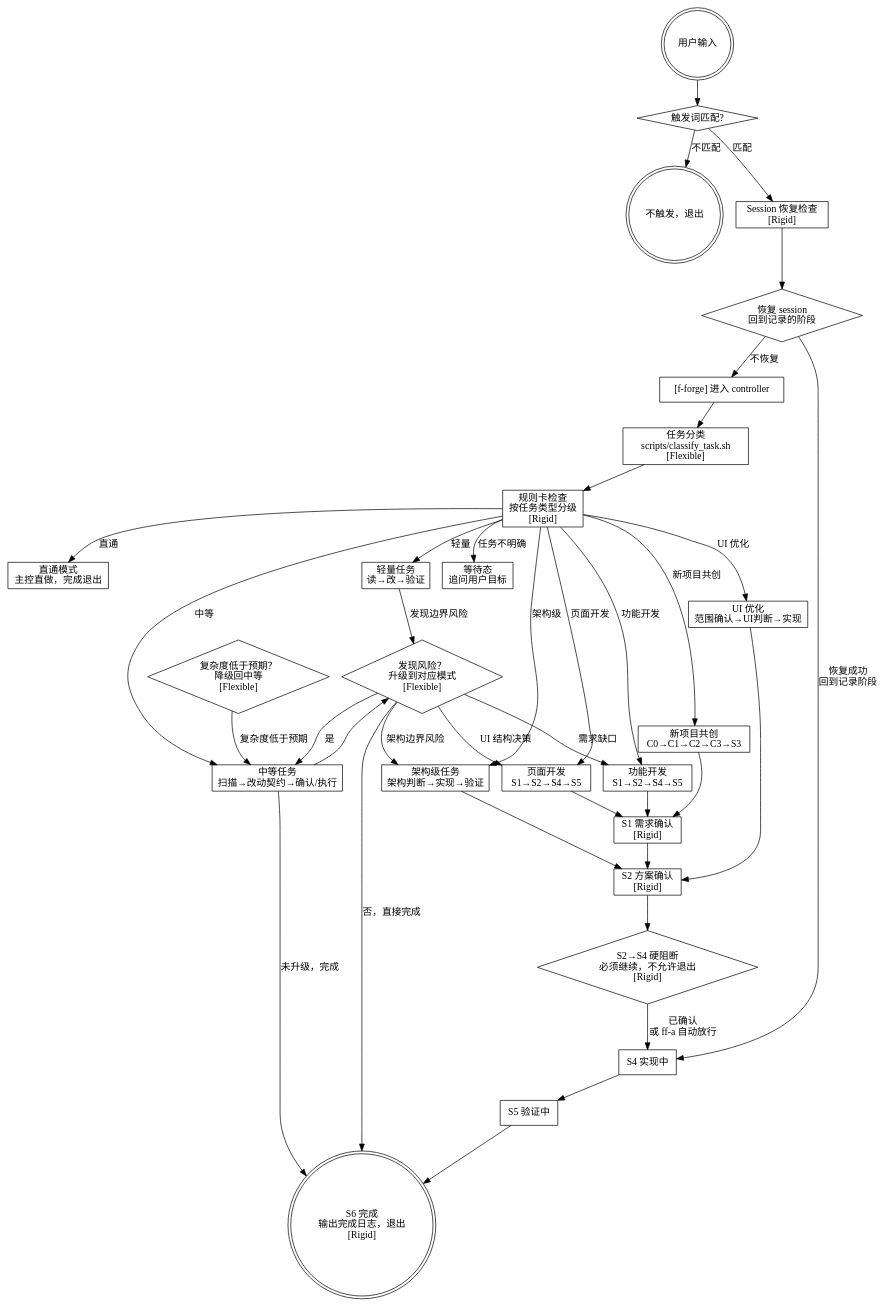
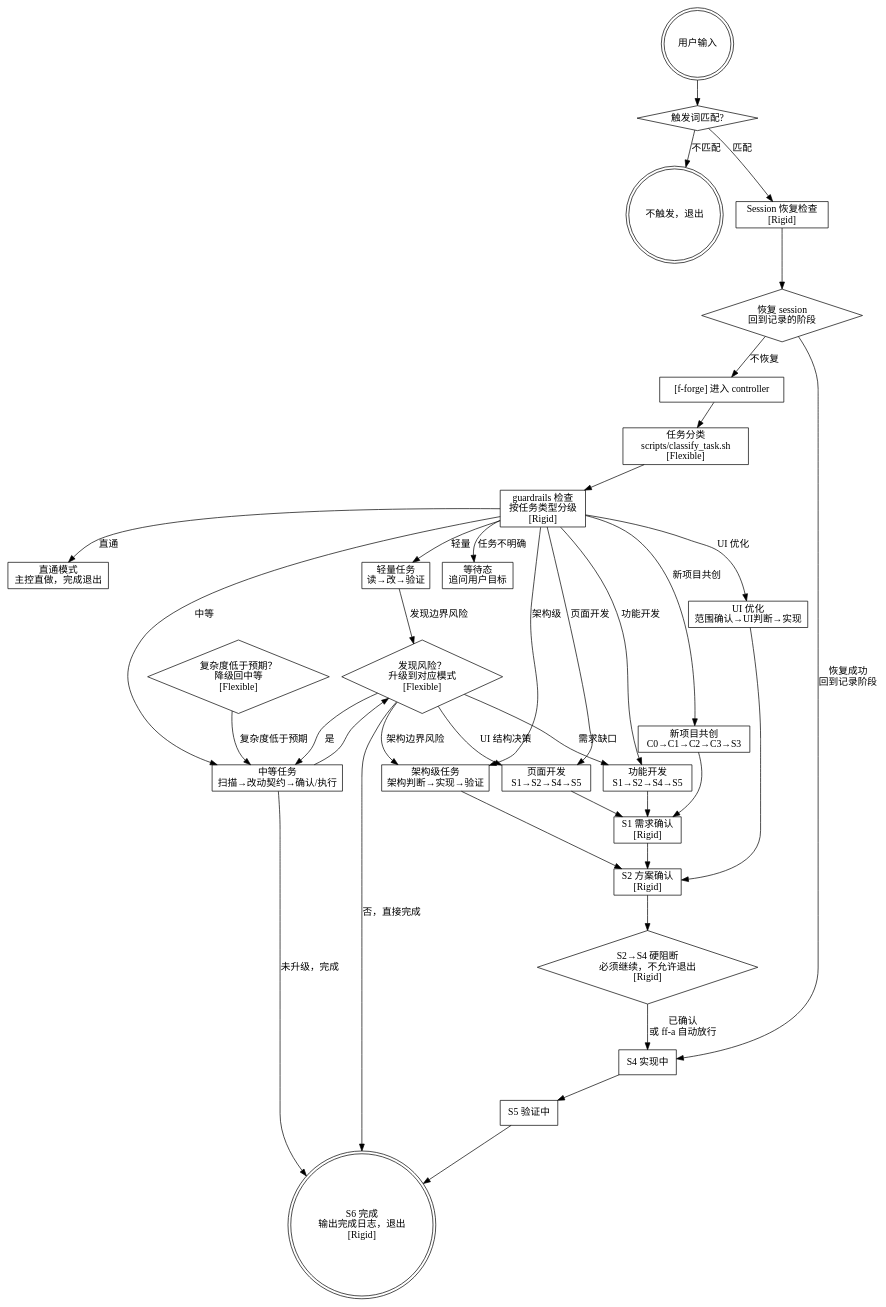
Before and after one commit to lbyxunxunnini/flutter-forge: the first of 3 diagrams in references/workflow_diagram.md, drawn with Graphviz. The commit also changed 61 other files, not shown here.

```diff
--- a/references/workflow_diagram.md
+++ b/references/workflow_diagram.md
@@ -18,7 +18,7 @@
     enter [label="[f-forge] 进入 controller"];
 
     classify [label="任务分类\nscripts/classify_task.sh\n[Flexible]"];
-    rule_card [label="规则卡检查\n按任务类型分级\n[Rigid]"];
+    guardrails_check [label="guardrails 检查\n按任务类型分级\n[Rigid]"];
 
     wait [label="等待态\n追问用户目标"];
     passthrough [label="直通模式\n主控直做，完成退出"];
@@ -50,17 +50,17 @@
     session_match -> enter [label="不恢复"];
 
     enter -> classify;
-    classify -> rule_card;
+    classify -> guardrails_check;
 
-    rule_card -> wait [label="任务不明确"];
-    rule_card -> passthrough [label="直通"];
-    rule_card -> lightweight [label="轻量"];
-    rule_card -> medium [label="中等"];
-    rule_card -> ui_opt [label="UI 优化"];
-    rule_card -> arch [label="架构级"];
-    rule_card -> feature [label="功能开发"];
-    rule_card -> page [label="页面开发"];
-    rule_card -> cocreate [label="新项目共创"];
+    guardrails_check -> wait [label="任务不明确"];
+    guardrails_check -> passthrough [label="直通"];
+    guardrails_check -> lightweight [label="轻量"];
+    guardrails_check -> medium [label="中等"];
+    guardrails_check -> ui_opt [label="UI 优化"];
+    guardrails_check -> arch [label="架构级"];
+    guardrails_check -> feature [label="功能开发"];
+    guardrails_check -> page [label="页面开发"];
+    guardrails_check -> cocreate [label="新项目共创"];
 
     // 轻量路径
     lightweight -> upgrade [label="发现边界风险"];
```
